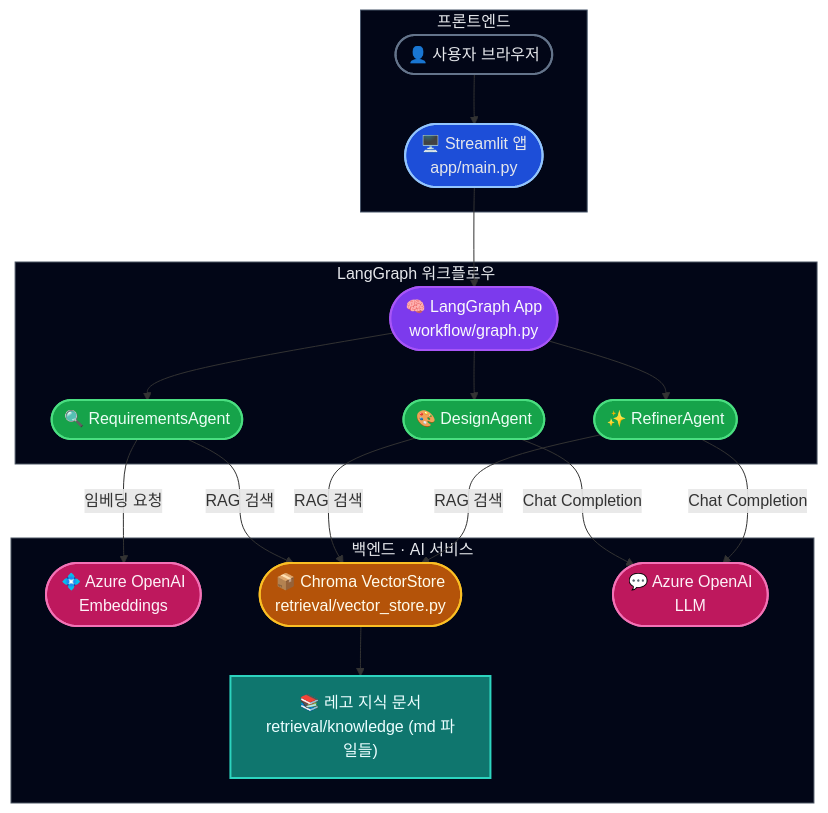
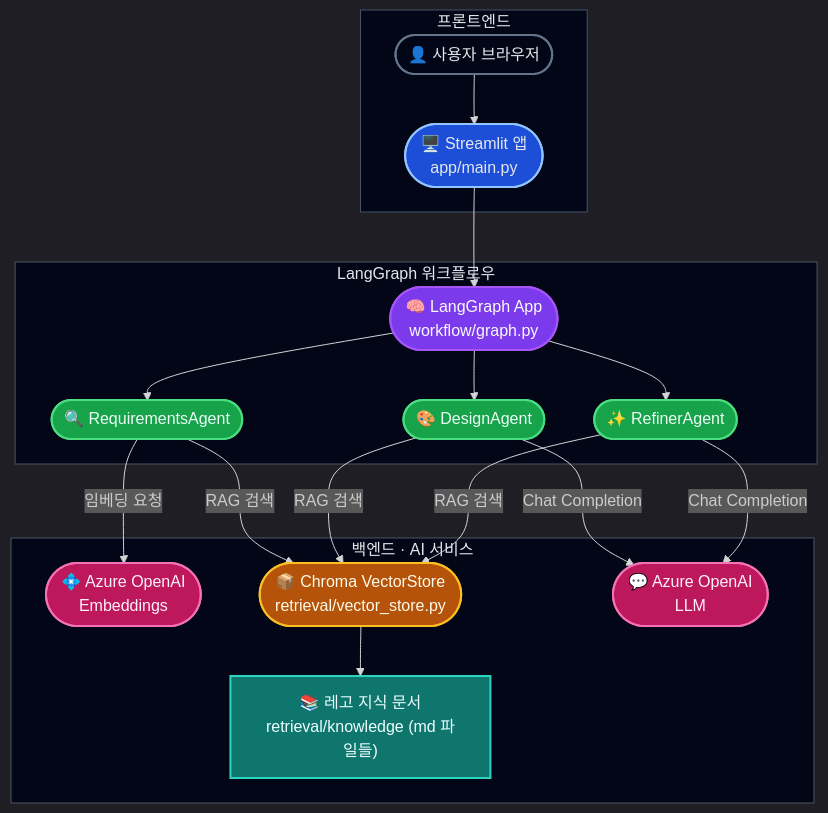
The second of 2 diagrams in README.md (pcmola/lego-ai-service), drawn with Mermaid before and after one commit.

Commit message:
readme 수정

````diff
--- a/README.md
+++ b/README.md
@@ -64,77 +64,78 @@
-```mermaid%%{init: {"theme":"dark"}}%%
+```mermaid
+%%{init: {"theme":"dark"}}%%
 flowchart TB
     %% ───────── 레이아웃: 위→아래 (TB) ─────────
     %% 아이콘 + 컬러 클래스로 역할 구분
 
     %% 노드 정의
     U([👤 사용자 브라우저]):::client
 
     A([🖥️ Streamlit 앱<br/>app/main.py]):::ui
     B([🧠 LangGraph App<br/>workflow/graph.py]):::orchestrator
 
     R([🔍 RequirementsAgent]):::agent
     D([🎨 DesignAgent]):::agent
     F([✨ RefinerAgent]):::agent
 
     E([💠 Azure OpenAI<br/>Embeddings]):::service
     V([📦 Chroma VectorStore<br/>retrieval/vector_store.py]):::store
 
     L([💬 Azure OpenAI<br/>LLM]):::service
 
     %% ❗ 문제되던 노드: 단순 텍스트 + 큰따옴표로 변경
     K["📚 레고 지식 문서<br/>retrieval/knowledge (md 파일들)"]:::knowledge
 
     %% ───────── 플로우 ─────────
     U --> A --> B
 
     B --> R
     B --> D
     B --> F
 
     R -- "임베딩 요청" --> E
     R -- "RAG 검색" --> V
 
     D -- "Chat Completion" --> L
     D -- "RAG 검색" --> V
 
     F -- "Chat Completion" --> L
     F -- "RAG 검색" --> V
 
     V --> K
 
     %% ───────── 그룹(섹션) 느낌 내기 ─────────
     subgraph FRONTEND[프론트엔드]
         U
         A
     end
 
     subgraph WORKFLOW[LangGraph 워크플로우]
         B
         R
         D
         F
     end
 
     subgraph BACKEND[백엔드 · AI 서비스]
         E
         L
         V
         K
     end
 
     %% ───────── 스타일 정의 (아이콘 컬러 라벨링) ─────────
     classDef client fill:#020617,stroke:#64748b,stroke-width:2px,color:#e5e7eb;
     classDef ui fill:#1d4ed8,stroke:#93c5fd,stroke-width:2px,color:#e5e7eb;
     classDef orchestrator fill:#7c3aed,stroke:#a855f7,stroke-width:2px,color:#f9fafb;
 
     classDef agent fill:#16a34a,stroke:#4ade80,stroke-width:2px,color:#ecfdf5;
     classDef service fill:#be185d,stroke:#f472b6,stroke-width:2px,color:#fdf2f8;
     classDef store fill:#b45309,stroke:#fbbf24,stroke-width:2px,color:#fffbeb;
     classDef knowledge fill:#0f766e,stroke:#2dd4bf,stroke-width:2px,color:#ecfeff;
 
     %% 그룹 박스 라벨 스타일
     style FRONTEND fill:#020617,stroke:#475569,stroke-width:1px,color:#e5e7eb;
     style WORKFLOW fill:#020617,stroke:#4b5563,stroke-width:1px,color:#e5e7eb;
     style BACKEND fill:#020617,stroke:#4b5563,stroke-width:1px,color:#e5e7eb;
 
 ```
````
